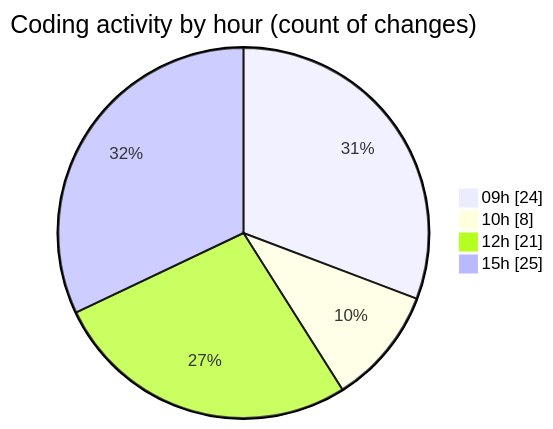
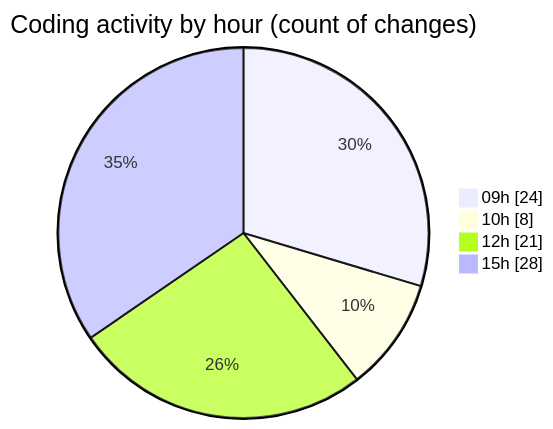
The second of 2 diagrams in 2025-08-18/rentotp/README.md (lephambinh05/code-tracking), drawn with Mermaid before and after one commit. The commit also changed other lines of this file and 1 other file, not shown here.

````diff
--- a/2025-08-18/rentotp/README.md
+++ b/2025-08-18/rentotp/README.md
@@ -62,8 +63,8 @@
 ```mermaid
 pie showData
 title Coding activity by hour (count of changes)
 "09h" : 24
 "10h" : 8
 "12h" : 21
-"15h" : 25
+"15h" : 28
 ```
````
